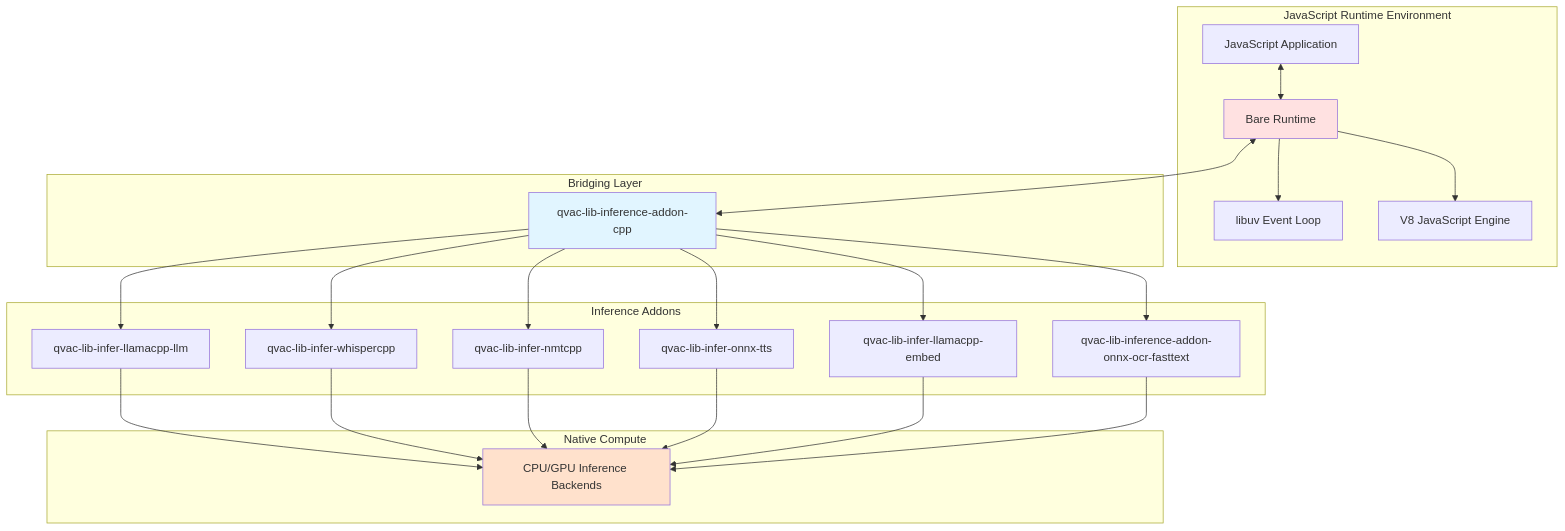
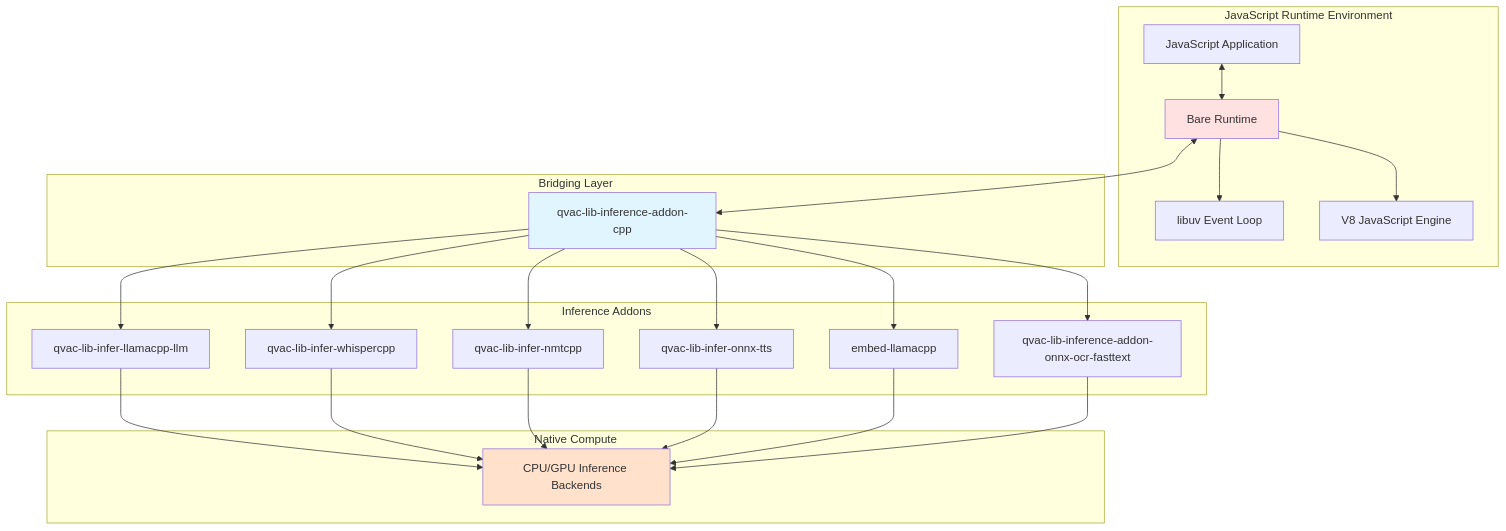
One commit to tetherto/qvac changed the first of 3 diagrams in packages/qvac-lib-inference-addon-cpp/docs/architecture.md. Above: the diagram before and after it, drawn with Mermaid. The commit also changed other lines of this file and 107 other files, not shown here.

Commit message:
chore: align embed-llamacpp refs with package canonical name

````diff
--- a/packages/qvac-lib-inference-addon-cpp/docs/architecture.md
+++ b/packages/qvac-lib-inference-addon-cpp/docs/architecture.md
@@ -86,50 +86,50 @@
 ```mermaid
 graph TB
     subgraph "JavaScript Runtime Environment"
         APP[JavaScript Application]
         BARE[Bare Runtime]
         LIBUV[libuv Event Loop]
         V8[V8 JavaScript Engine]
         
         APP <--> BARE
         BARE --> LIBUV
         BARE --> V8
     end
     
     subgraph "Bridging Layer"
         ADDON_CPP[qvac-lib-inference-addon-cpp]
     end
     
     subgraph "Inference Addons"
         LLAMA[qvac-lib-infer-llamacpp-llm]
         WHISPER[qvac-lib-infer-whispercpp]
         NMT[qvac-lib-infer-nmtcpp]
         TTS[qvac-lib-infer-onnx-tts]
-        EMBED[qvac-lib-infer-llamacpp-embed]
+        EMBED[embed-llamacpp]
         OCR[qvac-lib-inference-addon-onnx-ocr-fasttext]
     end
     
     subgraph "Native Compute"
         CPU_GPU[CPU/GPU Inference Backends]
     end
     
     BARE <--> ADDON_CPP
     
     ADDON_CPP --> LLAMA
     ADDON_CPP --> WHISPER
     ADDON_CPP --> NMT
     ADDON_CPP --> TTS
     ADDON_CPP --> EMBED
     ADDON_CPP --> OCR
     
     LLAMA --> CPU_GPU
     WHISPER --> CPU_GPU
     NMT --> CPU_GPU
     TTS --> CPU_GPU
     EMBED --> CPU_GPU
     OCR --> CPU_GPU
     
     style ADDON_CPP fill:#e1f5ff
     style BARE fill:#ffe1e1
     style CPU_GPU fill:#ffe1cc
 ```
````
